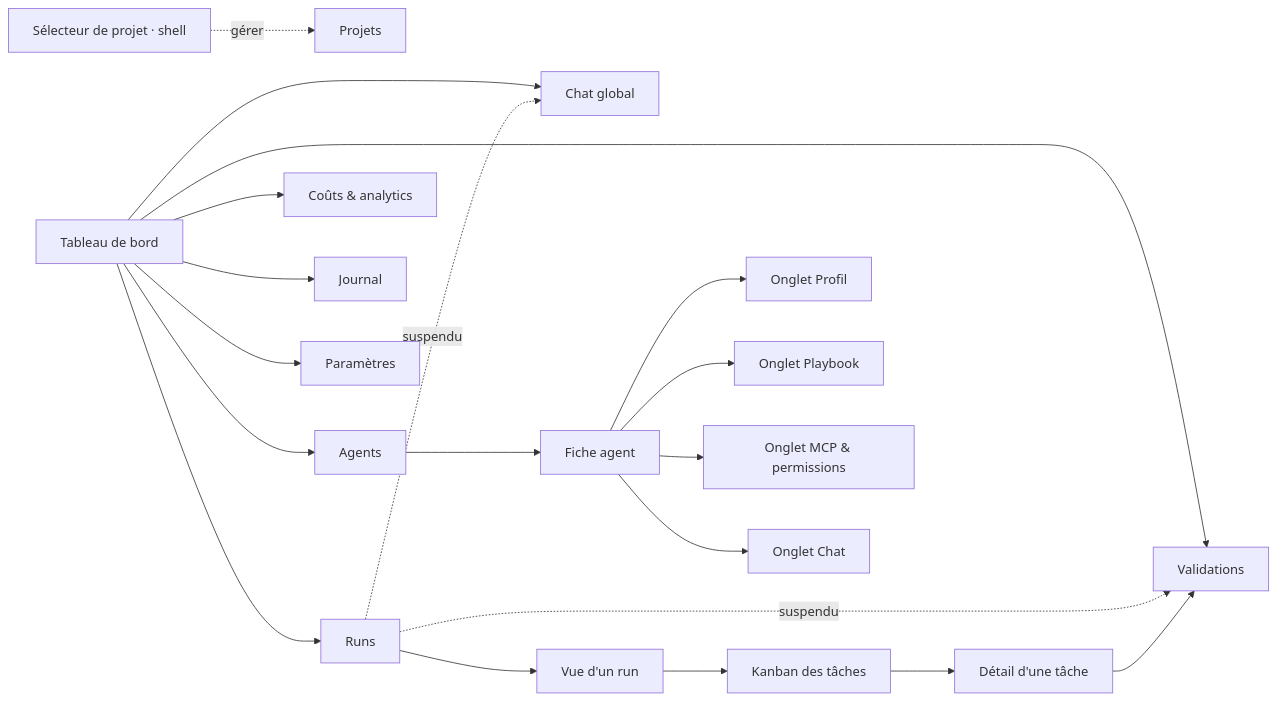
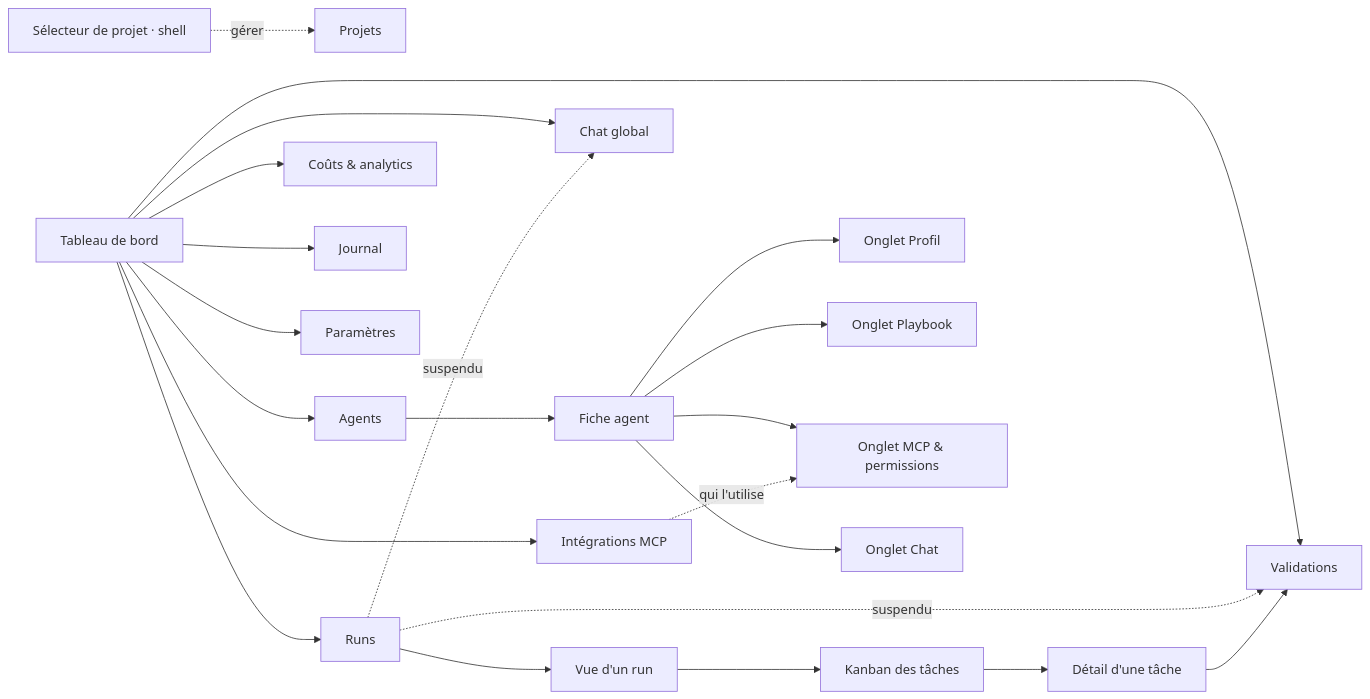
The diagram in docs/05-interface-control-tower.md (automatemaestro-create/maestro), drawn with Mermaid before and after one commit. The commit also changed other lines of this file and 19 other files, not shown here.

````diff
--- a/docs/05-interface-control-tower.md
+++ b/docs/05-interface-control-tower.md
@@ -38,22 +39,24 @@
 ```mermaid
 flowchart LR
     Selecteur[Sélecteur de projet · shell] -. gérer .-> Projets[Projets]
     Home[Tableau de bord] --> Runs[Runs]
     Home --> Agents[Agents]
+    Home --> Integrations[Intégrations MCP]
     Home --> Chat[Chat global]
     Home --> Costs[Coûts & analytics]
     Home --> Approve[Validations]
     Home --> Journal[Journal]
     Home --> Settings[Paramètres]
     Runs --> RunDetail[Vue d'un run]
     RunDetail --> Tasks[Kanban des tâches]
     Runs -. suspendu .-> Chat
     Runs -. suspendu .-> Approve
     Agents --> AgentDetail[Fiche agent]
     AgentDetail --> Profil[Onglet Profil]
     AgentDetail --> Playbook[Onglet Playbook]
     AgentDetail --> Mcp[Onglet MCP & permissions]
+    Integrations -. qui l'utilise .-> Mcp
     AgentDetail --> AgentChat[Onglet Chat]
     Tasks --> TaskDetail[Détail d'une tâche]
     TaskDetail --> Approve
 ```
````
